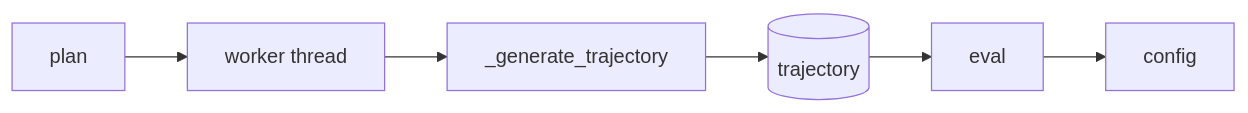
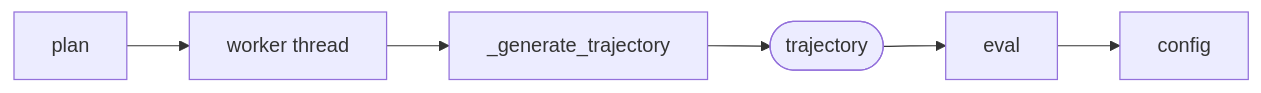
One commit to SeonilChoi/robot_manager changed the diagram in src/robot_manager/planner/README.md. Above: the diagram before and after it, drawn with Mermaid. The commit also changed other lines of this file and 9 other files, not shown here.

````diff
--- a/src/robot_manager/planner/README.md
+++ b/src/robot_manager/planner/README.md
@@ -5,8 +5,8 @@
 ```mermaid
 flowchart LR
   plan[plan] --> worker[worker thread]
-  worker --> G[_generate_trajectory]
-  G --> traj[(trajectory)]
-  traj --> eval[eval]
-  eval --> config[config]
+  worker --> G["_generate_trajectory"]
+  G --> traj([trajectory])
+  traj --> E[eval]
+  E --> config[config]
 ```
````
